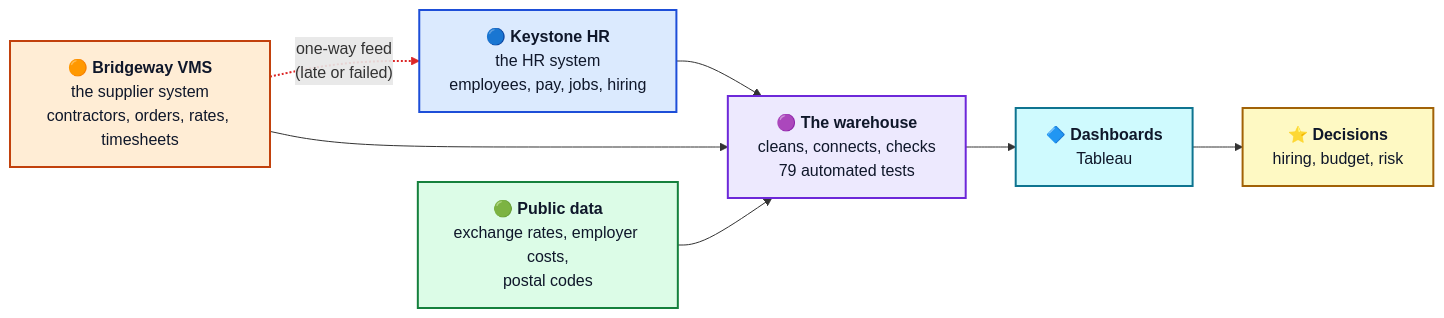
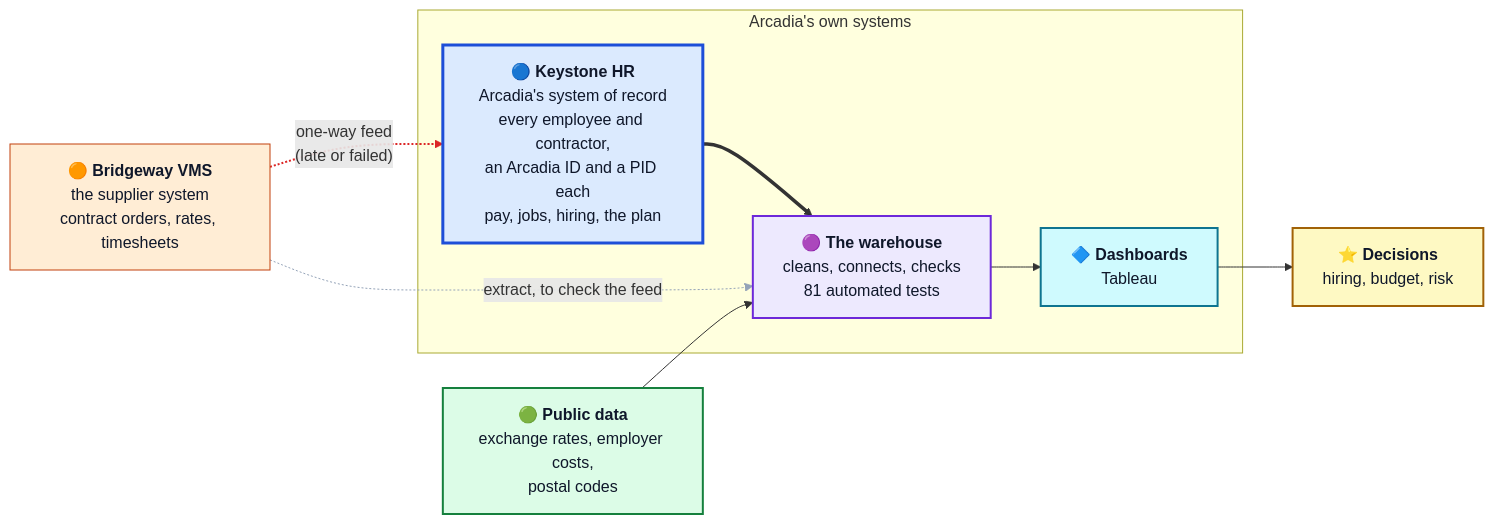
One commit to thialp/people-analytics-warehouse changed the first of 6 diagrams in README.md. Above: the diagram before and after it, drawn with Mermaid. The commit also changed other lines of this file and 52 other files, not shown here.

````diff
--- a/README.md
+++ b/README.md
@@ -48,29 +49,32 @@
 ```mermaid
 flowchart LR
-    KS["🔵 <b>Keystone HR</b><br/>the HR system<br/>employees, pay, jobs, hiring"]
-    BW["🟠 <b>Bridgeway VMS</b><br/>the supplier system<br/>contractors, orders, rates, timesheets"]
+    BW["🟠 <b>Bridgeway VMS</b><br/>the supplier system<br/>contract orders, rates, timesheets"]
+    subgraph ARC["Arcadia's own systems"]
+        KS["🔵 <b>Keystone HR</b><br/>Arcadia's system of record<br/>every employee and contractor,<br/>an Arcadia ID and a PID each<br/>pay, jobs, hiring, the plan"]
+        WH["🟣 <b>The warehouse</b><br/>cleans, connects, checks<br/>81 automated tests"]
+        DASH["🔷 <b>Dashboards</b><br/>Tableau"]
+    end
     PUB["🟢 <b>Public data</b><br/>exchange rates, employer costs,<br/>postal codes"]
-    WH["🟣 <b>The warehouse</b><br/>cleans, connects, checks<br/>79 automated tests"]
-    DASH["🔷 <b>Dashboards</b><br/>Tableau"]
     DEC["⭐ <b>Decisions</b><br/>hiring, budget, risk"]
 
     BW -. "one-way feed<br/>(late or failed)" .-> KS
-    KS --> WH
-    BW --> WH
+    KS ==> WH
     PUB --> WH
     WH --> DASH --> DEC
+    BW -. "extract, to check the feed" .-> WH
 
-    classDef hr fill:#dbeafe,stroke:#1d4ed8,color:#0f172a,stroke-width:2px
-    classDef vms fill:#ffedd5,stroke:#c2410c,color:#0f172a,stroke-width:2px
+    classDef hr fill:#dbeafe,stroke:#1d4ed8,color:#0f172a,stroke-width:3px
+    classDef vms fill:#ffedd5,stroke:#c2410c,color:#0f172a,stroke-width:1px
     classDef pub fill:#dcfce7,stroke:#15803d,color:#0f172a,stroke-width:2px
     classDef wh fill:#ede9fe,stroke:#6d28d9,color:#0f172a,stroke-width:2px
     classDef dash fill:#cffafe,stroke:#0e7490,color:#0f172a,stroke-width:2px
     classDef dec fill:#fef9c3,stroke:#a16207,color:#0f172a,stroke-width:2px
     class KS hr
     class BW vms
     class PUB pub
     class WH wh
     class DASH dash
     class DEC dec
     linkStyle 0 stroke:#dc2626,stroke-width:2px
+    linkStyle 5 stroke:#94a3b8,stroke-width:1px
 ```
````
